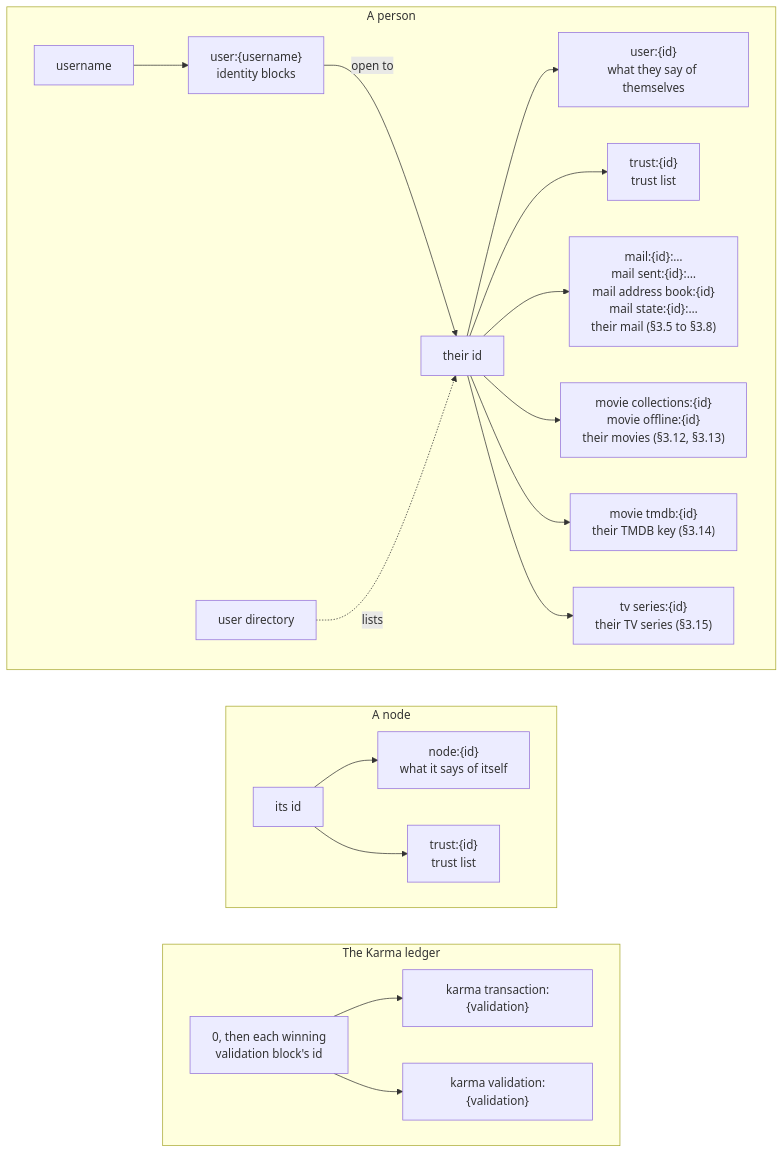
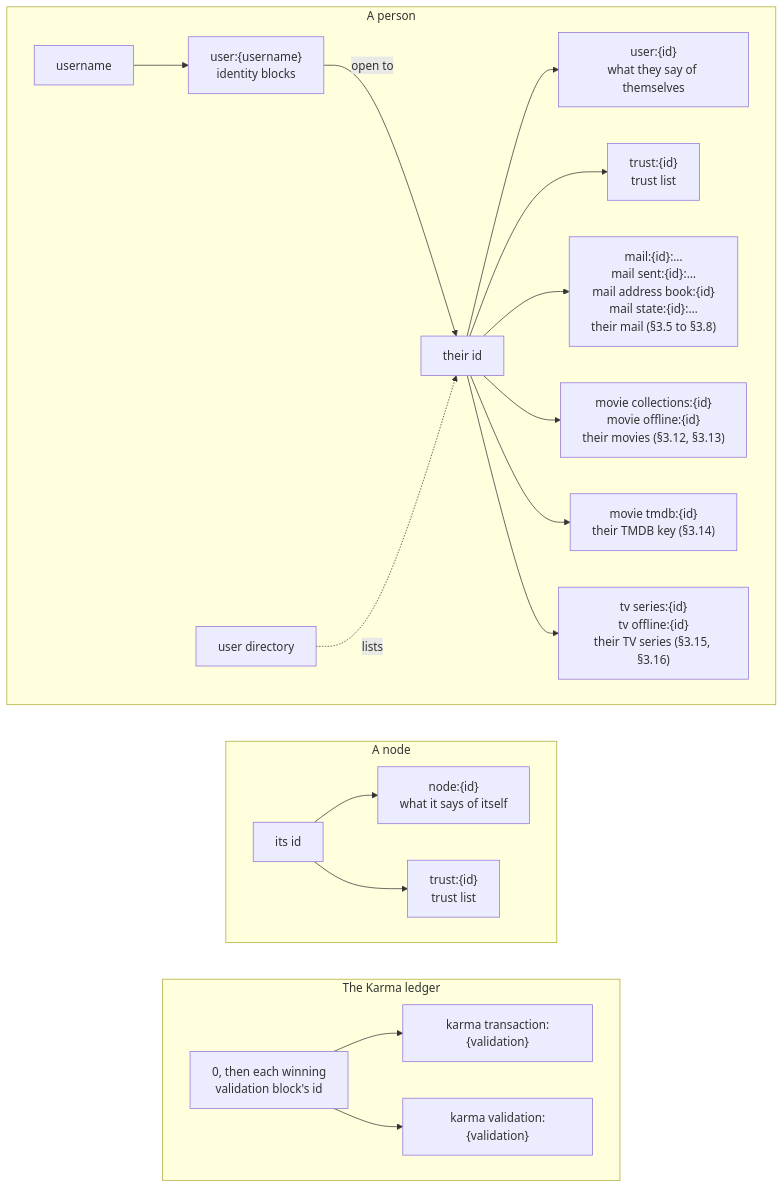
One commit to marcpage/libranet changed the first of 2 diagrams in docs/specs/KnownDrops.md. Above: the diagram before and after it, drawn with Mermaid. The commit also changed other lines of this file and 4 other files, not shown here.

````diff
--- a/docs/specs/KnownDrops.md
+++ b/docs/specs/KnownDrops.md
@@ -38,27 +39,27 @@
 ```mermaid
 flowchart TB
     subgraph person["A person"]
         direction LR
         username["username"] --> blocks["user:{username}<br/>identity blocks"]
         blocks -->|"open to"| pid["their id"]
         directory["user directory"] -.->|lists| pid
         pid --> says["user:{id}<br/>what they say of themselves"]
         pid --> ptrust["trust:{id}<br/>trust list"]
         pid --> mail["mail:{id}:…<br/>mail sent:{id}:…<br/>mail address book:{id}<br/>mail state:{id}:…<br/>their mail (§3.5 to §3.8)"]
         pid --> movie["movie collections:{id}<br/>movie offline:{id}<br/>their movies (§3.12, §3.13)"]
         pid --> tmdb["movie tmdb:{id}<br/>their TMDB key (§3.14)"]
-        pid --> tv["tv series:{id}<br/>their TV series (§3.15)"]
+        pid --> tv["tv series:{id}<br/>tv offline:{id}<br/>their TV series (§3.15, §3.16)"]
     end
     subgraph node["A node"]
         direction LR
         nid["its id"] --> nsays["node:{id}<br/>what it says of itself"]
         nid --> ntrust["trust:{id}<br/>trust list"]
     end
     subgraph karma["The Karma ledger"]
         direction LR
         validation["0, then each winning<br/>validation block's id"] --> kt["karma transaction:{validation}"]
         validation --> kv["karma validation:{validation}"]
     end
     person ~~~ node
     node ~~~ karma
 ```
````
